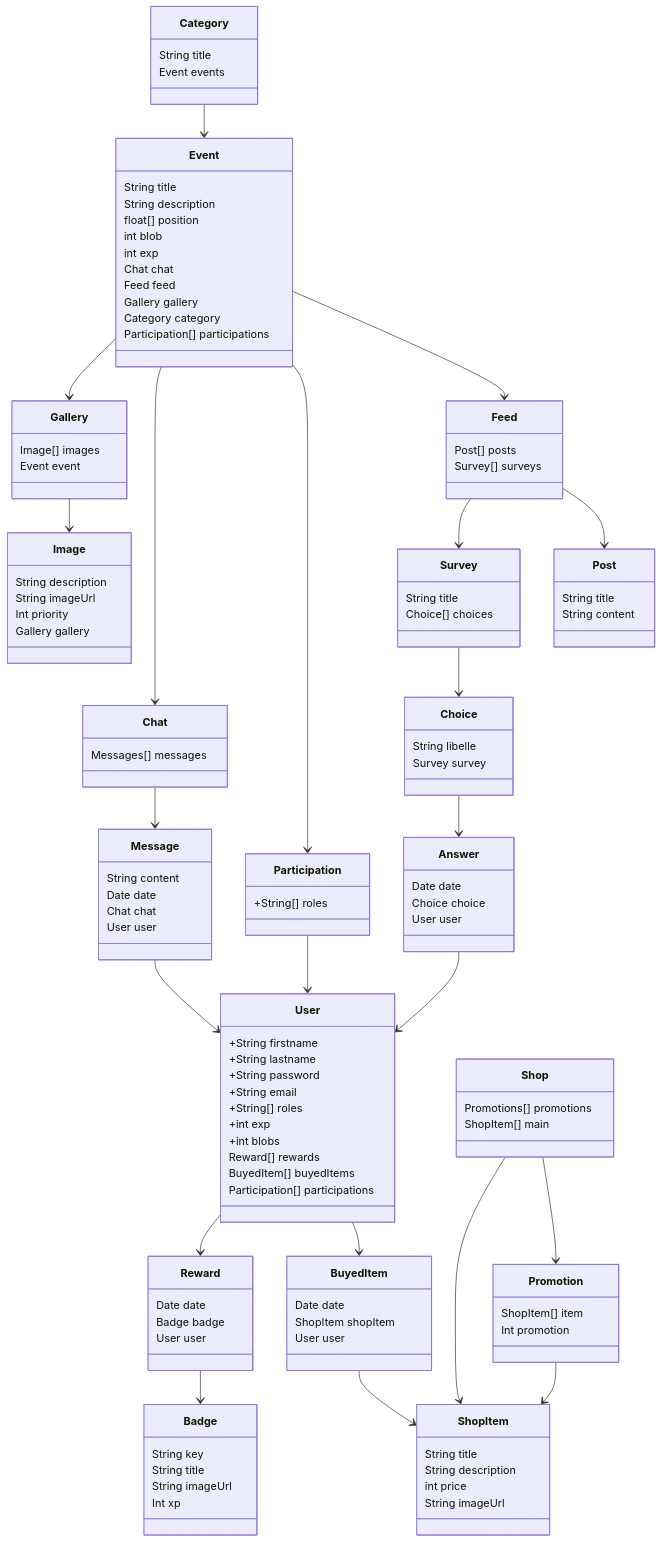
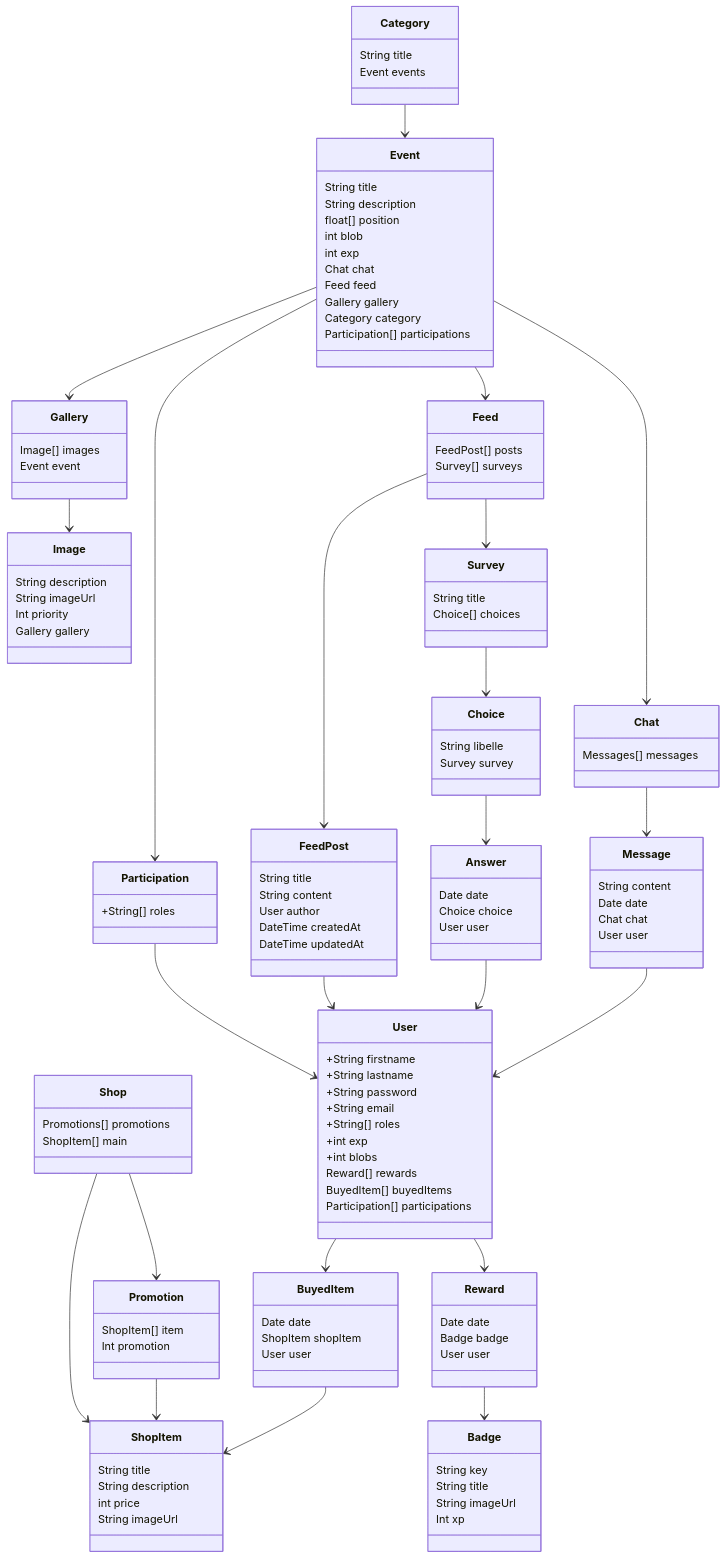
The diagram in UML.md (hangover-hetic/green_quest_backend), drawn with Mermaid before and after one commit. The commit also changed 35 other files, not shown here.

```diff
--- a/UML.md
+++ b/UML.md
@@ -59,16 +59,20 @@
         Gallery gallery
     }
 
-    Feed-->Post
+    Feed-->FeedPost
     Feed-->Survey
     class Feed {
-        Post[] posts
+        FeedPost[] posts
         Survey[] surveys
     }
 
-    class Post {
+    FeedPost-->User
+    class FeedPost {
         String title
         String content
+        User author
+        DateTime createdAt
+        DateTime updatedAt
     }
 
     Survey-->Choice
```
